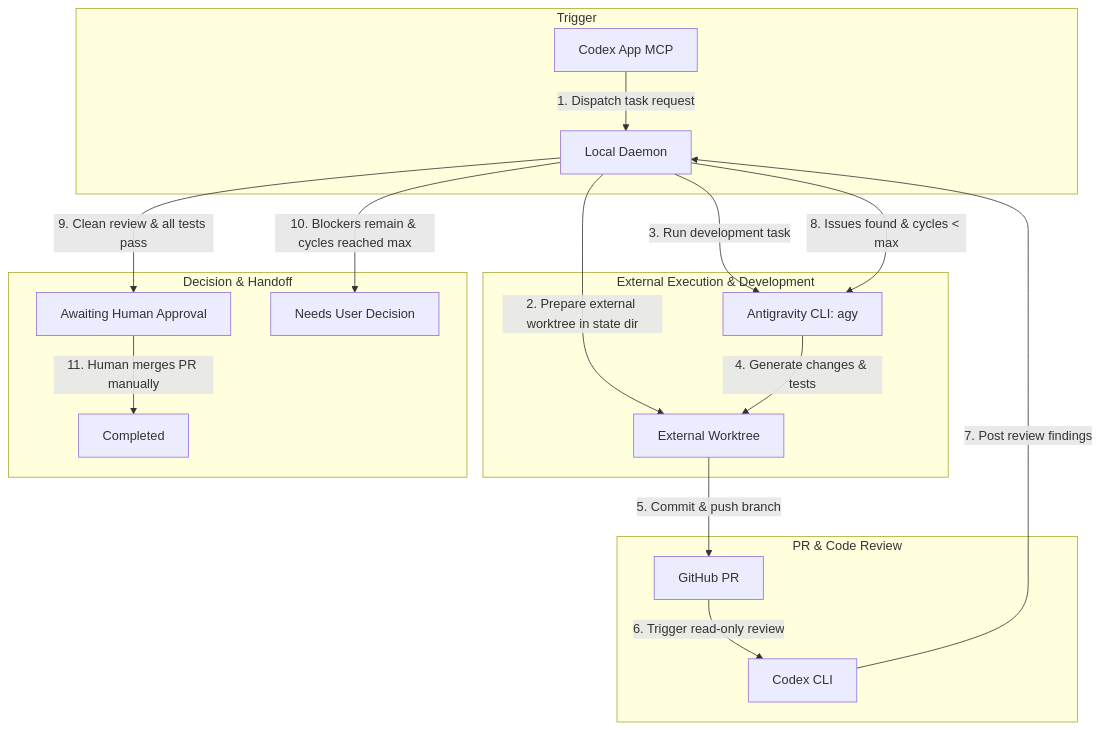
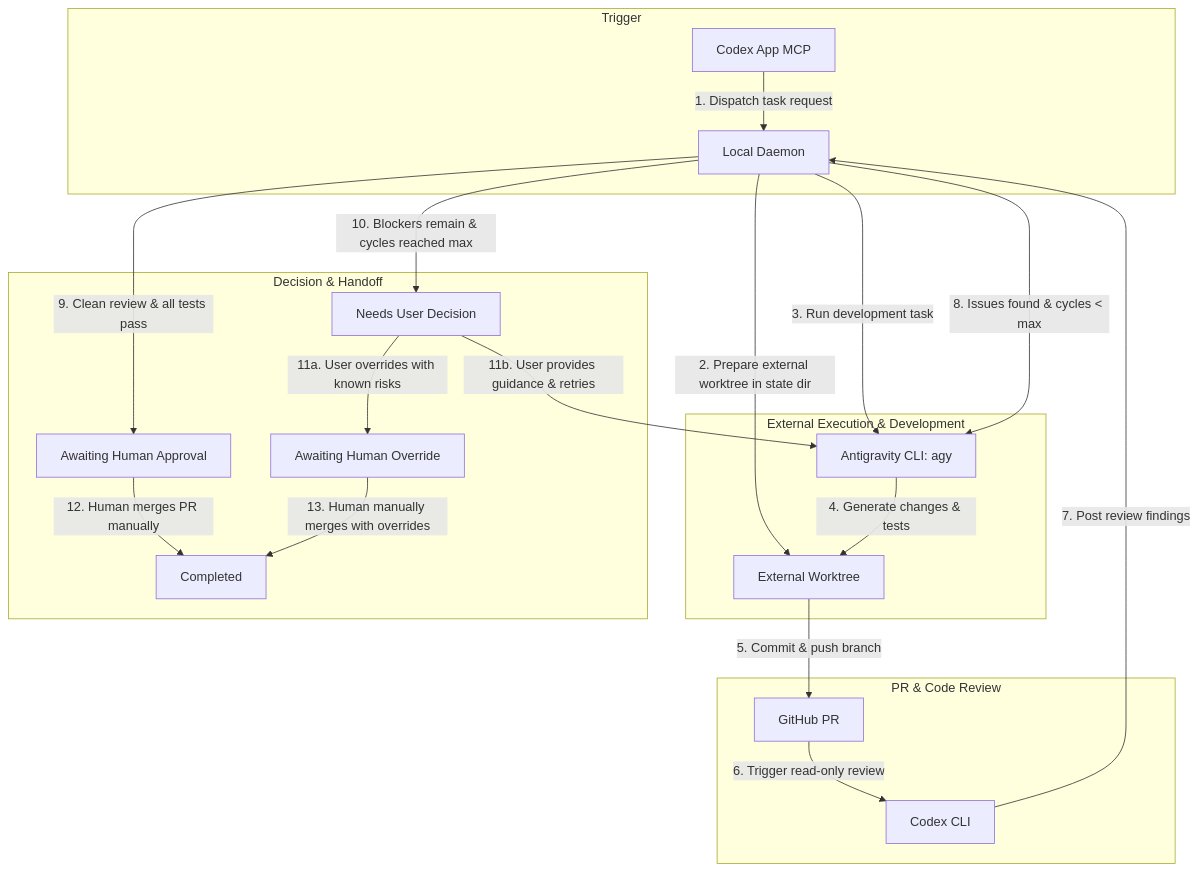
The diagram in README.md (echoleesong/codex-anti-orchestrator), drawn with Mermaid before and after one commit. The commit also changed other lines of this file and 2 other files, not shown here.

Commit message:
docs: separate clean approval from AWAITING_HUMAN_OVERRIDE state

````diff
--- a/README.md
+++ b/README.md
@@ -13,25 +13,28 @@
 ```mermaid
 flowchart TD
     subgraph Trigger
         A[Codex App MCP] -->|1. Dispatch task request| B[Local Daemon]
     end
 
     subgraph External Execution & Development
         B -->|2. Prepare external worktree in state dir| C[External Worktree]
         B -->|3. Run development task| D[Antigravity CLI: agy]
         D -->|4. Generate changes & tests| C
     end
 
     subgraph PR & Code Review
         C -->|5. Commit & push branch| E[GitHub PR]
         E -->|6. Trigger read-only review| F[Codex CLI]
         F -->|7. Post review findings| B
     end
 
     subgraph Decision & Handoff
         B -->|8. Issues found & cycles < max| D
         B -->|9. Clean review & all tests pass| G[Awaiting Human Approval]
         B -->|10. Blockers remain & cycles reached max| H[Needs User Decision]
-        G -->|11. Human merges PR manually| I[Completed]
+        H -->|11a. User overrides with known risks| J[Awaiting Human Override]
+        H -->|11b. User provides guidance & retries| D
+        G -->|12. Human merges PR manually| I[Completed]
+        J -->|13. Human manually merges with overrides| I
     end
 ```
````
